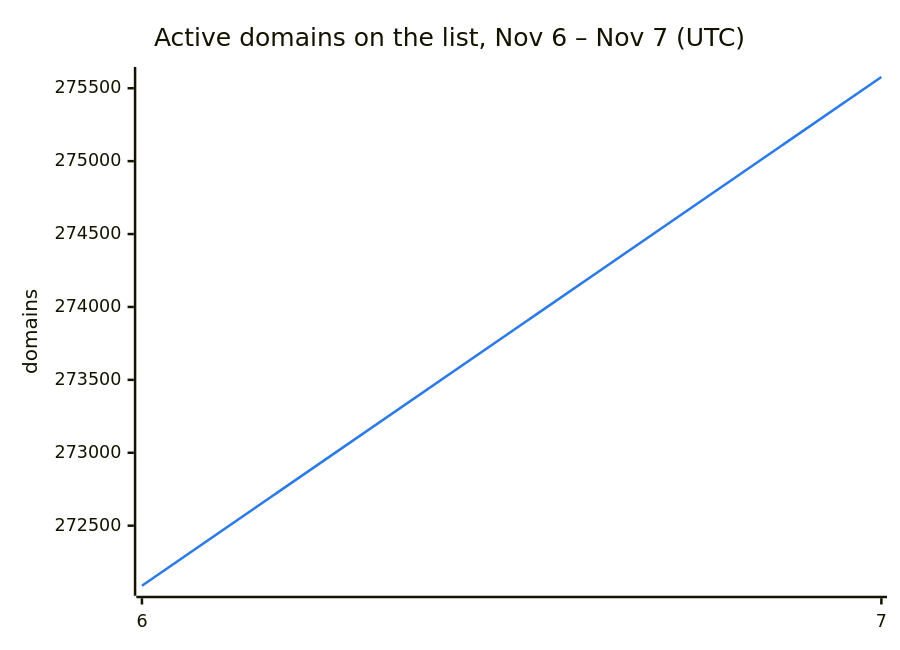
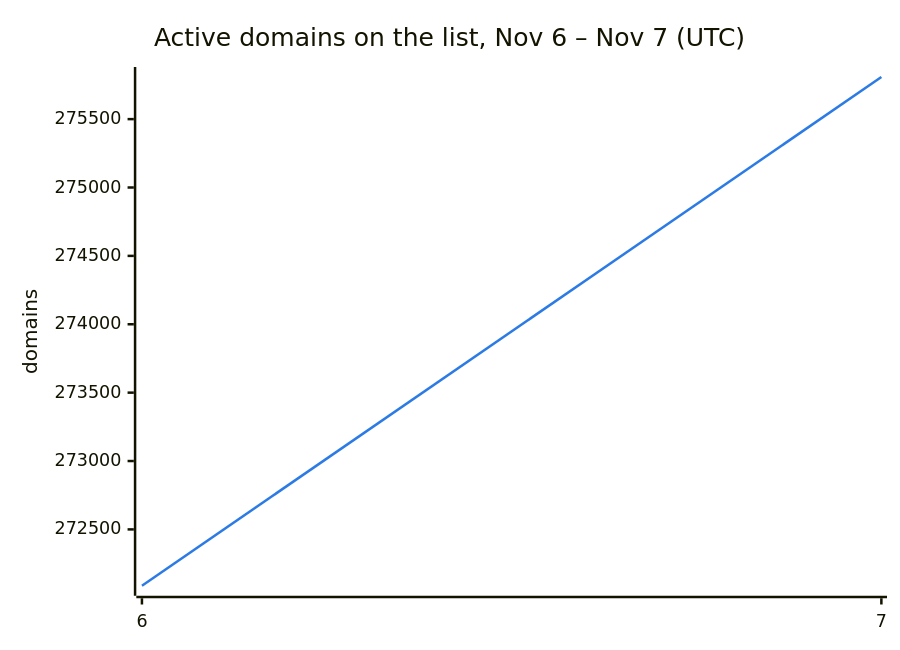
One commit to DNSBunker/CTI changed the second of 3 diagrams in README.md. Above: the diagram before and after it, drawn with Mermaid. The commit also changed other lines of this file and 3 other files, not shown here.

````diff
--- a/README.md
+++ b/README.md
@@ -38,8 +38,8 @@
 ```mermaid
 %%{init: {"themeVariables": {"xyChart": {"plotColorPalette": "#2c7be5"}}}}%%
 xychart-beta
     title "Active domains on the list, Nov 6 – Nov 7 (UTC)"
     x-axis ["6", "7"]
     y-axis "domains"
-    line [272088, 275577]
+    line [272088, 275808]
 ```
````
